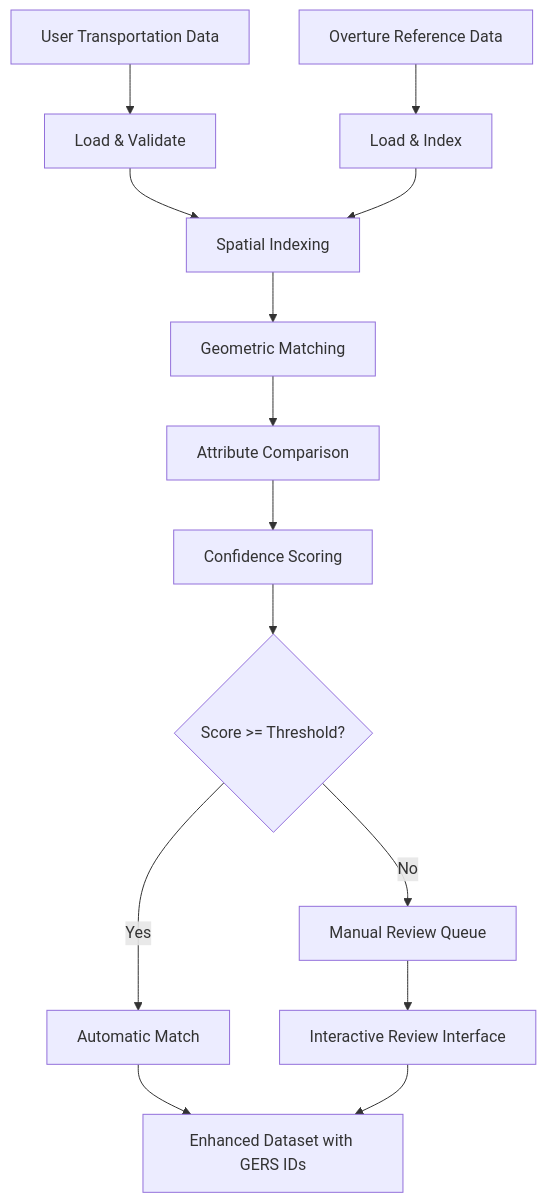
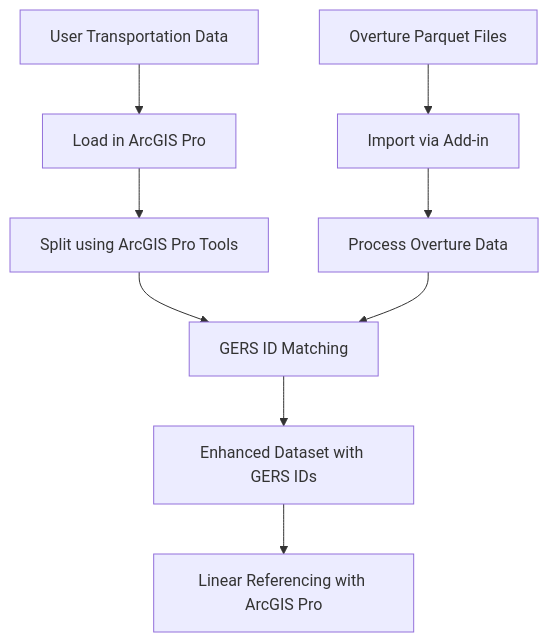
The diagram in GERS_MATCHER_README.md (COF-RyLopez/ArcGISPro-GeoParquet-Addin), drawn with Mermaid before and after one commit. The commit also changed other lines of this file and 6 other files, not shown here.

Commit message:
Complete cleanup: Remove all splitter code, focus on data loading + GERS matching - Position as bridge to Overture ecosystem rather than competing with ArcGIS Pro

````diff
--- a/GERS_MATCHER_README.md
+++ b/GERS_MATCHER_README.md
@@ -50,16 +55,11 @@
 ```mermaid
 graph TD
-    A[User Transportation Data] --> B[Load & Validate]
-    C[Overture Reference Data] --> D[Load & Index]
-    B --> E[Spatial Indexing]
-    D --> E
-    E --> F[Geometric Matching]
-    F --> G[Attribute Comparison]
-    G --> H[Confidence Scoring]
-    H --> I{Score >= Threshold?}
-    I -->|Yes| J[Automatic Match]
-    I -->|No| K[Manual Review Queue]
-    J --> L[Enhanced Dataset with GERS IDs]
-    K --> M[Interactive Review Interface]
-    M --> L
+    A[User Transportation Data] --> B[Load in ArcGIS Pro]
+    C[Overture Parquet Files] --> D[Import via Add-in]
+    B --> E[Split using ArcGIS Pro Tools]
+    D --> F[Process Overture Data]
+    E --> G[GERS ID Matching]
+    F --> G
+    G --> H[Enhanced Dataset with GERS IDs]
+    H --> I[Linear Referencing with ArcGIS Pro]
 ```
````
